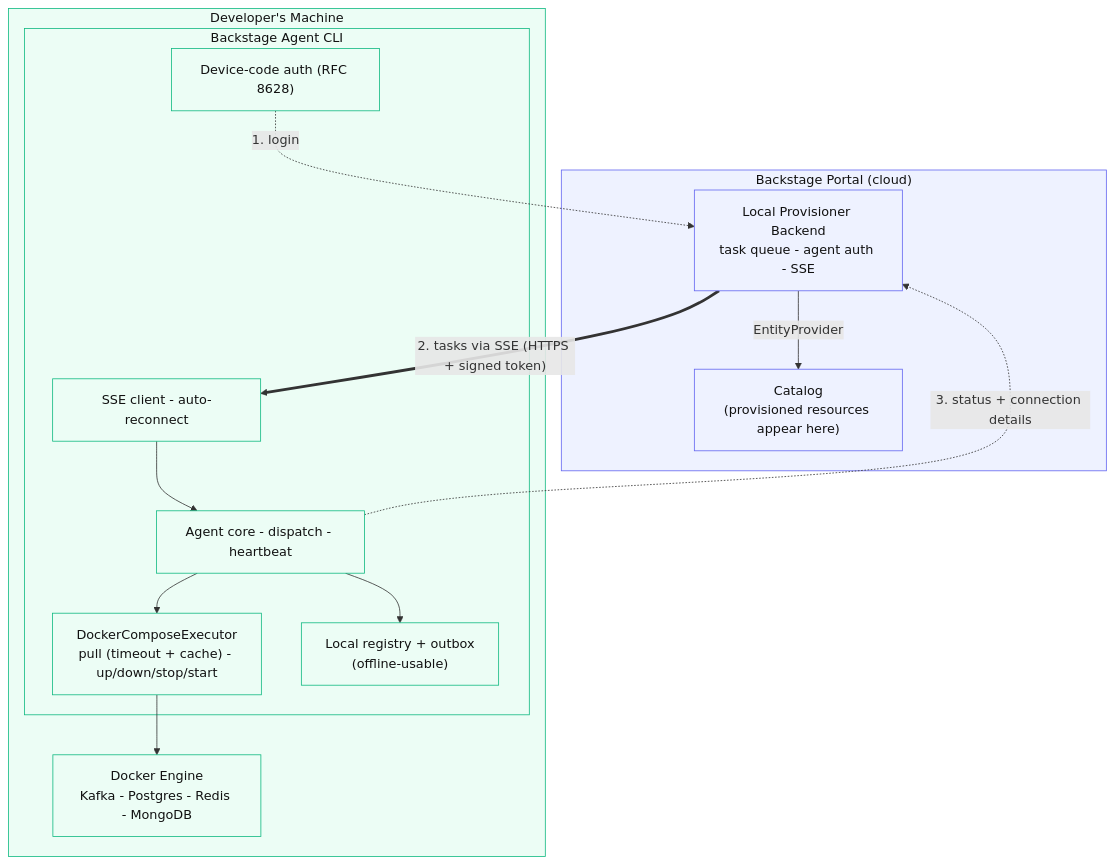
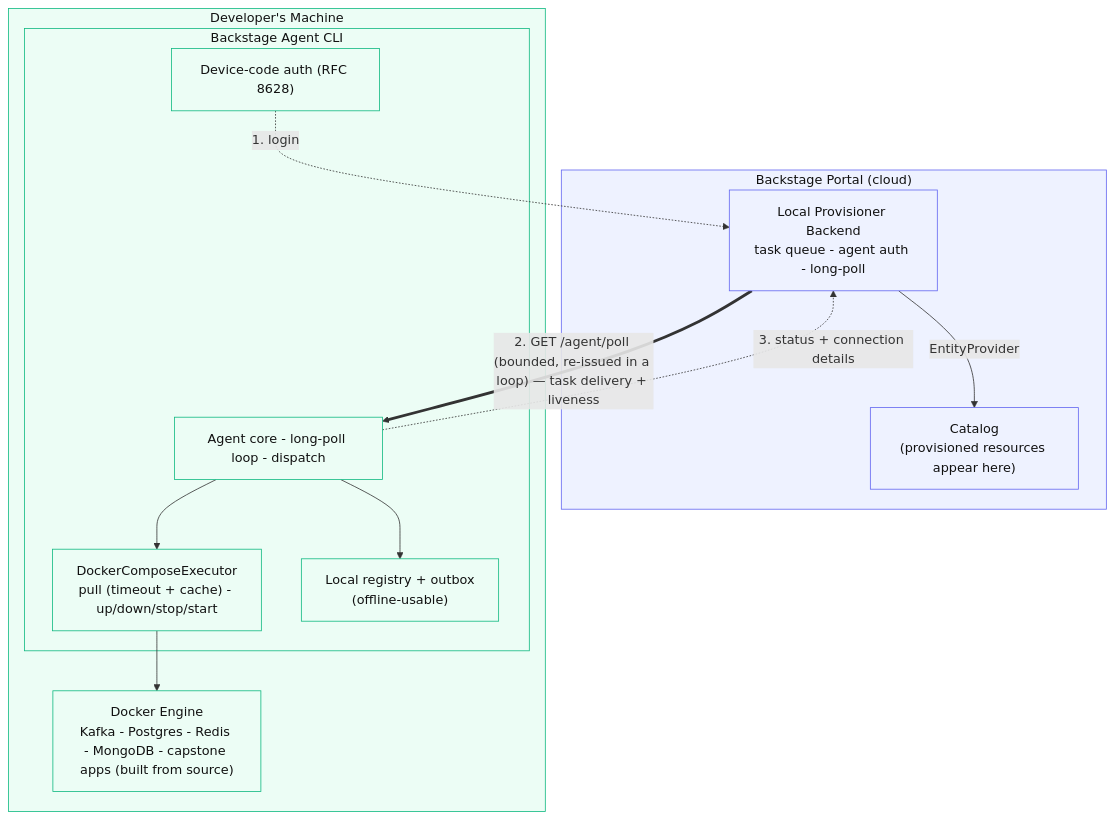
Before and after one commit to rcdelacruz/nexus-idp: the diagram in packages/backstage-agent/README.md, drawn with Mermaid. The commit also changed other lines of this file and 194 other files, not shown here.

````diff
--- a/packages/backstage-agent/README.md
+++ b/packages/backstage-agent/README.md
@@ -264,31 +252,30 @@
 ```mermaid
 flowchart TB
     subgraph Cloud["Backstage Portal (cloud)"]
-        Plugin["Local Provisioner Backend<br/>task queue - agent auth - SSE"]
+        Plugin["Local Provisioner Backend<br/>task queue - agent auth - long-poll"]
         Catalog["Catalog<br/>(provisioned resources appear here)"]
         Plugin -->|EntityProvider| Catalog
     end
 
     subgraph Local["Developer's Machine"]
         subgraph Agent["Backstage Agent CLI"]
             Auth["Device-code auth (RFC 8628)"]
-            SSE["SSE client - auto-reconnect"]
-            Core["Agent core - dispatch - heartbeat"]
+            Core["Agent core - long-poll loop - dispatch"]
             Exec["DockerComposeExecutor<br/>pull (timeout + cache) - up/down/stop/start"]
             Reg["Local registry + outbox<br/>(offline-usable)"]
-            SSE --> Core --> Exec
+            Core --> Exec
             Core --> Reg
         end
-        Docker["Docker Engine<br/>Kafka - Postgres - Redis - MongoDB"]
+        Docker["Docker Engine<br/>Kafka - Postgres - Redis - MongoDB - capstone apps (built from source)"]
         Exec --> Docker
     end
 
     Auth -. "1. login" .-> Plugin
-    Plugin == "2. tasks via SSE (HTTPS + signed token)" ==> SSE
+    Plugin == "2. GET /agent/poll (bounded, re-issued in a loop) — task delivery + liveness" ==> Core
     Core -. "3. status + connection details" .-> Plugin
 
     classDef cloud fill:#eef2ff,stroke:#6366f1,color:#111;
     classDef local fill:#ecfdf5,stroke:#10b981,color:#111;
     class Cloud,Plugin,Catalog cloud;
-    class Local,Agent,Auth,SSE,Core,Exec,Reg,Docker local;
+    class Local,Agent,Auth,Core,Exec,Reg,Docker local;
 ```
````
